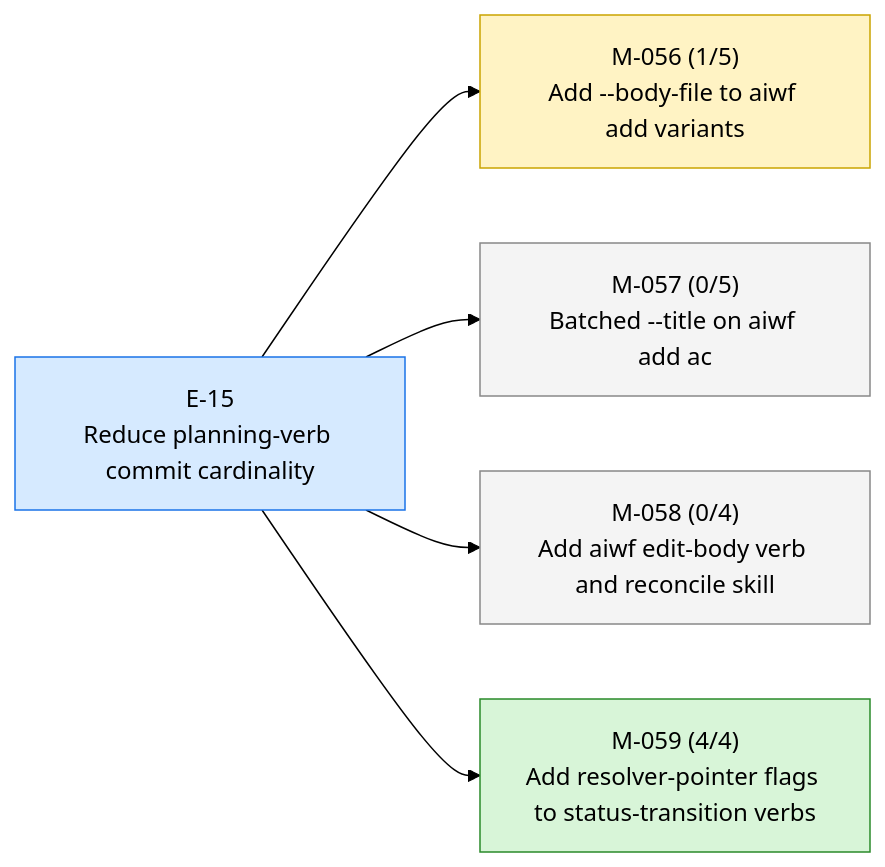
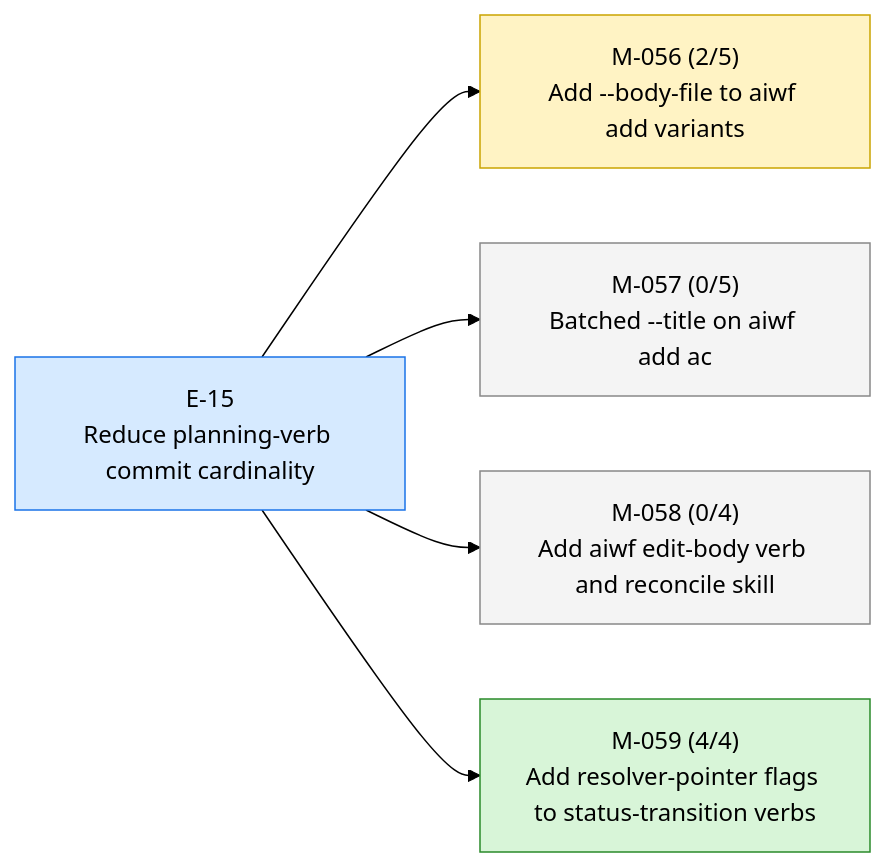
The first of 3 diagrams in STATUS.md (23min/aiwf), drawn with Mermaid (forest theme) before and after one commit. The commit also changed other lines of this file and 1 other file, not shown here.

First line of the commit message:
aiwf promote M-056/AC-2 open -> met

````diff
--- a/STATUS.md
+++ b/STATUS.md
@@ -14,18 +14,18 @@
 ```mermaid
 flowchart LR
   E_15["E-15<br/>Reduce planning-verb commit cardinality"]:::epic_active
-  M_056["M-056 (1/5)<br/>Add --body-file to aiwf add variants"]:::ms_in_progress
+  M_056["M-056 (2/5)<br/>Add --body-file to aiwf add variants"]:::ms_in_progress
   E_15 --> M_056
   M_057["M-057 (0/5)<br/>Batched --title on aiwf add ac"]:::ms_draft
   E_15 --> M_057
   M_058["M-058 (0/4)<br/>Add aiwf edit-body verb and reconcile skill"]:::ms_draft
   E_15 --> M_058
   M_059["M-059 (4/4)<br/>Add resolver-pointer flags to status-transition verbs"]:::ms_done
   E_15 --> M_059
   classDef epic_active fill:#d6eaff,stroke:#1a73e8,color:#000
   classDef epic_proposed fill:#f4f4f4,stroke:#888,color:#000
   classDef ms_done fill:#d8f5d8,stroke:#2a8a2a,color:#000
   classDef ms_in_progress fill:#fff3c4,stroke:#caa400,color:#000
   classDef ms_draft fill:#f4f4f4,stroke:#888,color:#000
   classDef ms_cancelled fill:#fbeaea,stroke:#c33,color:#000
 ```
````
